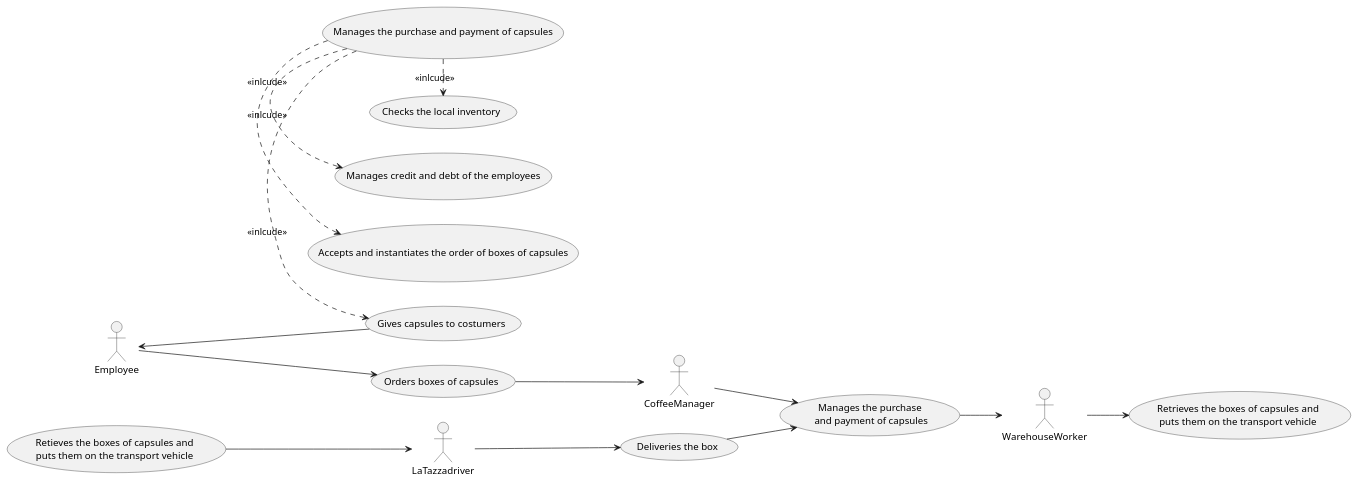
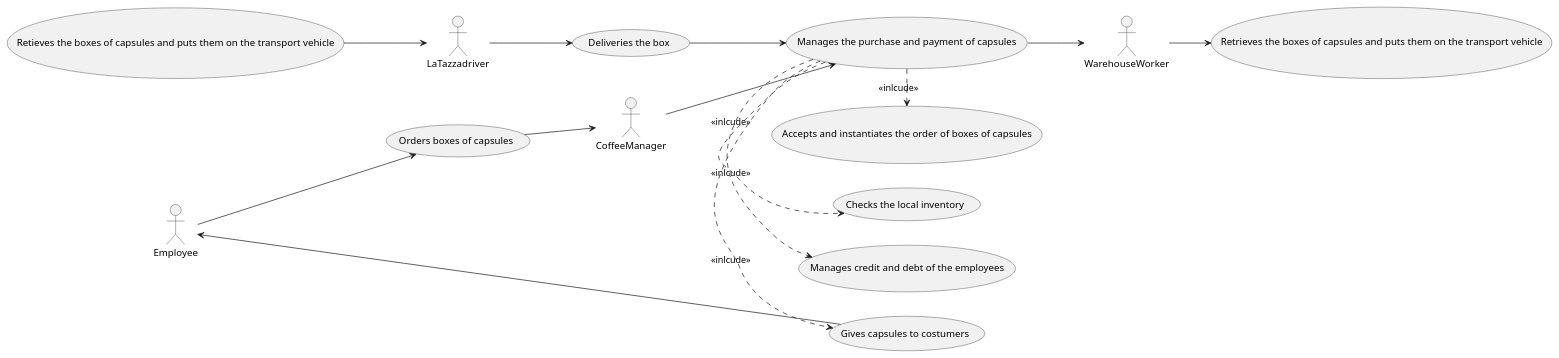
The second of 4 diagrams in templates/RequirementsTemplate.md (salvatore-dimartino/LaTazza), drawn with PlantUML before and after one commit.

````diff
--- a/templates/RequirementsTemplate.md
+++ b/templates/RequirementsTemplate.md
@@ -276,29 +276,29 @@
 ```plantuml
 @startuml
 
 left to right direction 
 skinparam packageStyle rectangle
 
 actor CoffeeManager as c
 actor Employee as e
 actor WarehouseWorker as w
 actor LaTazzadriver as d
 
 e --> (Orders boxes of capsules)
 (Orders boxes of capsules) --> c
-c --> (Manages the purchase\n and payment of capsules)
-(Manages the purchase\n and payment of capsules) --> w
-w --> (Retrieves the boxes of capsules and\nputs them on the transport vehicle)
-(Retieves the boxes of capsules and\nputs them on the transport vehicle) --> d
+c --> (Manages the purchase and payment of capsules)
+(Manages the purchase and payment of capsules) --> w
+w --> (Retrieves the boxes of capsules and puts them on the transport vehicle)
+(Retieves the boxes of capsules and puts them on the transport vehicle) --> d
 d --> (Deliveries the box)
-(Deliveries the box) --> (Manages the purchase\n and payment of capsules)
+(Deliveries the box) --> (Manages the purchase and payment of capsules)
 
 (Manages the purchase and payment of capsules) .> (Gives capsules to costumers) : <<inlcude>>
 (Manages the purchase and payment of capsules) .> (Accepts and instantiates the order of boxes of capsules) : <<inlcude>>
 (Manages the purchase and payment of capsules) .> (Manages credit and debt of the employees) : <<inlcude>>
 (Manages the purchase and payment of capsules) .> (Checks the local inventory) : <<inlcude>>
 
 e <-- (Gives capsules to costumers)
 
 @enduml
 ```
````
